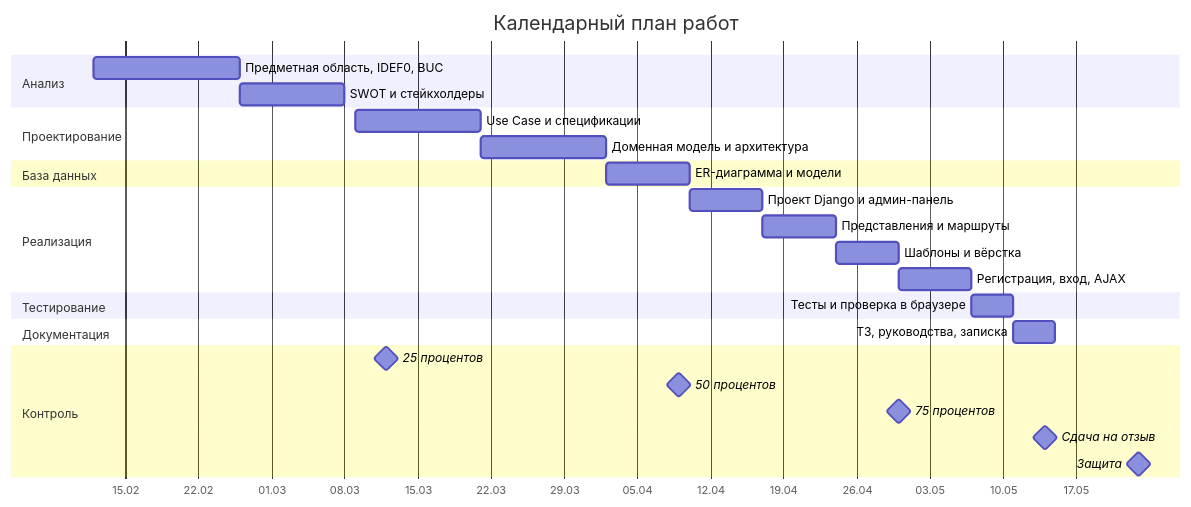
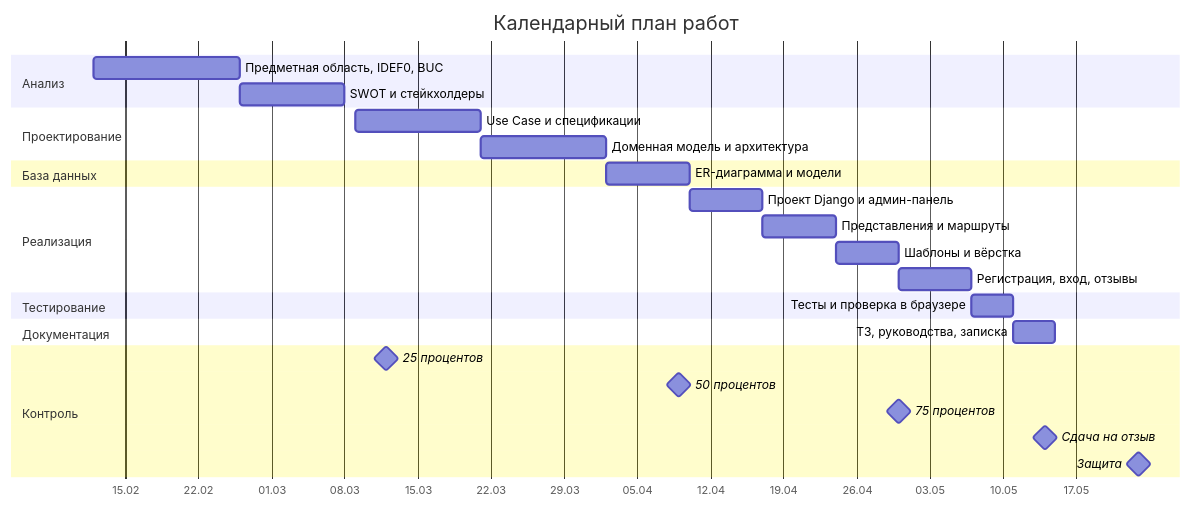
The second of 2 diagrams in docs/09-wbs-gantt/wbs-gantt.md (Seihposwag/sofa-travel-app), drawn with Mermaid before and after one commit. The commit also changed other lines of this file and 36 other files, not shown here.

````diff
--- a/docs/09-wbs-gantt/wbs-gantt.md
+++ b/docs/09-wbs-gantt/wbs-gantt.md
@@ -65,36 +65,36 @@
 ```mermaid
 gantt
     title Календарный план работ
     dateFormat YYYY-MM-DD
     axisFormat %d.%m
 
     section Анализ
     Предметная область, IDEF0, BUC      :a1, 2026-02-12, 14d
     SWOT и стейкхолдеры                 :a2, 2026-02-26, 10d
 
     section Проектирование
     Use Case и спецификации             :b1, 2026-03-09, 12d
     Доменная модель и архитектура       :b2, 2026-03-21, 12d
 
     section База данных
     ER-диаграмма и модели               :c1, 2026-04-02, 8d
 
     section Реализация
     Проект Django и админ-панель        :d1, 2026-04-10, 7d
     Представления и маршруты            :d2, 2026-04-17, 7d
     Шаблоны и вёрстка                   :d3, 2026-04-24, 6d
-    Регистрация, вход, AJAX             :d4, 2026-04-30, 7d
+    Регистрация, вход, отзывы             :d4, 2026-04-30, 7d
 
     section Тестирование
     Тесты и проверка в браузере         :e1, 2026-05-07, 4d
 
     section Документация
     ТЗ, руководства, записка            :f1, 2026-05-11, 4d
 
     section Контроль
     25 процентов                        :milestone, m1, 2026-03-12, 0d
     50 процентов                        :milestone, m2, 2026-04-09, 0d
     75 процентов                        :milestone, m3, 2026-04-30, 0d
     Сдача на отзыв                      :milestone, m4, 2026-05-14, 0d
     Защита                              :milestone, m5, 2026-05-23, 0d
 ```
````
